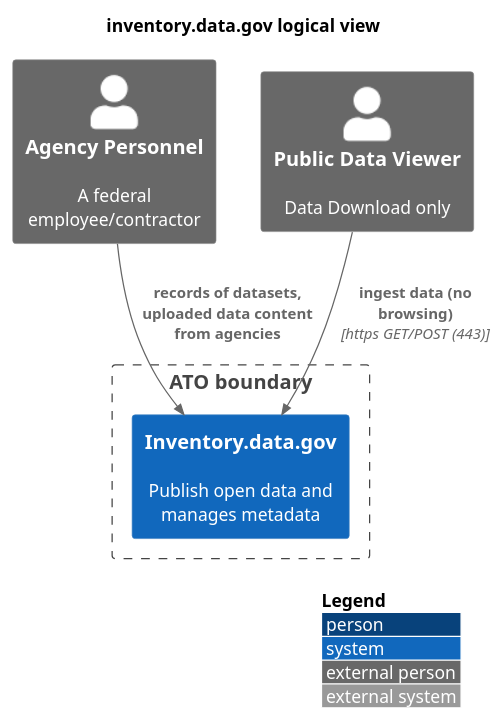
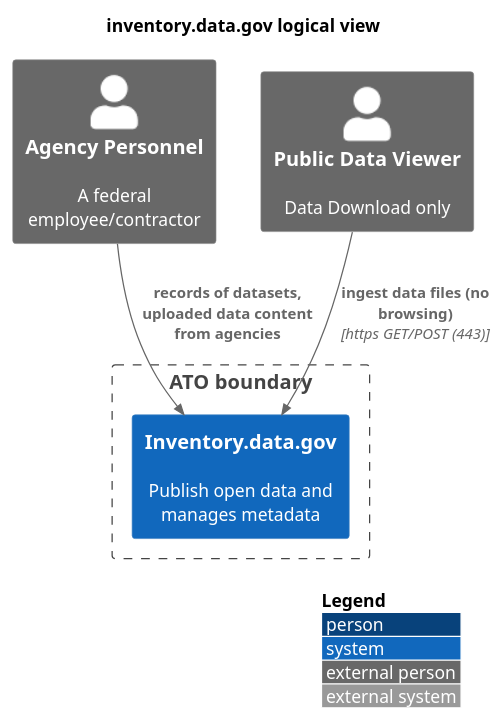
The diagram in apps/inventory.logical.md (GSA/datagov-compliance), drawn with PlantUML before and after one commit. The commit also changed 11 other files, not shown here.

````diff
--- a/apps/inventory.logical.md
+++ b/apps/inventory.logical.md
@@ -3,15 +3,15 @@
 ```plantuml
 @startuml
 !include https://raw.githubusercontent.com/plantuml-stdlib/C4-PlantUML/master/C4_Context.puml
 LAYOUT_WITH_LEGEND()
 title inventory.data.gov logical view
 Person_Ext(personnel, "Agency Personnel", "A federal employee/contractor")
 Person_Ext(public_user, "Public Data Viewer", "Data Download only")
 'note left of personnel : In java, every class\nextends this one.
 Boundary(atob, "ATO boundary") {
     System(inventory, "Inventory.data.gov", "Publish open data and manages metadata")
 }
 Rel(personnel, inventory, "records of datasets, uploaded data content from agencies")
-Rel(public_user, inventory, "ingest data (no browsing)", "https GET/POST (443)")
+Rel(public_user, inventory, "ingest data files (no browsing)", "https GET/POST (443)")
 @enduml
 ```
````
